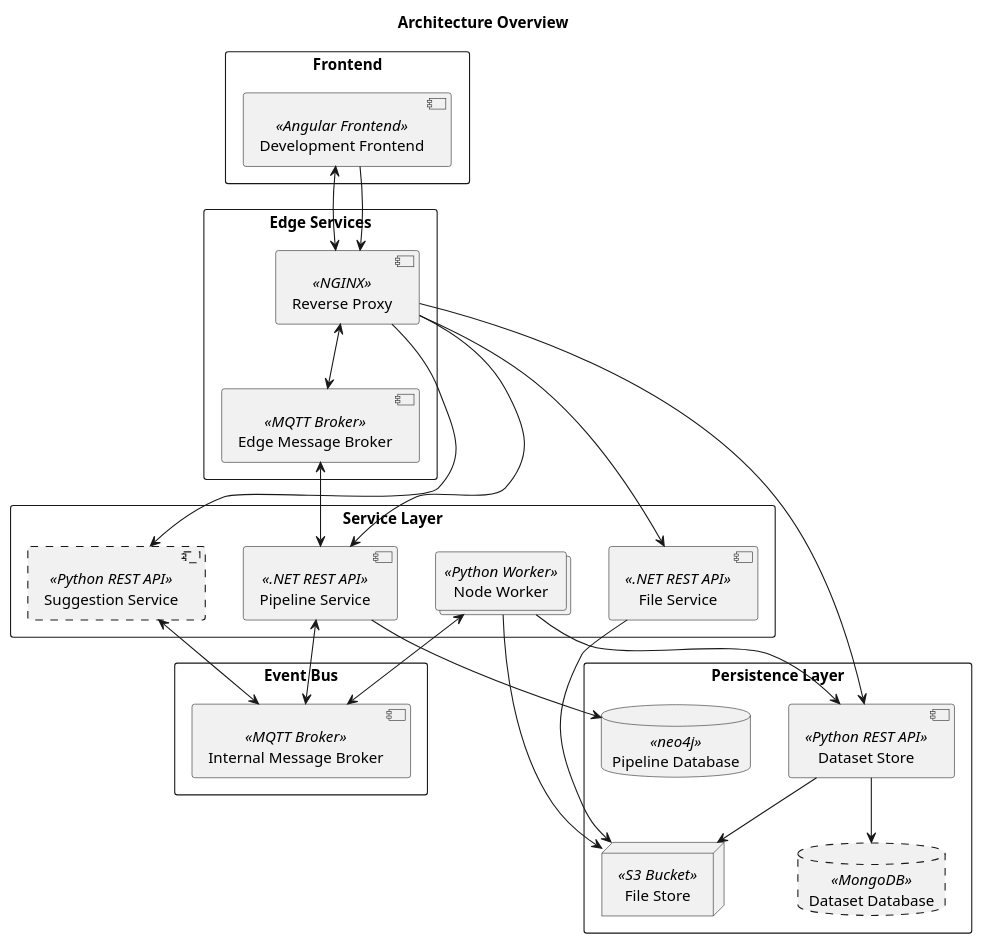
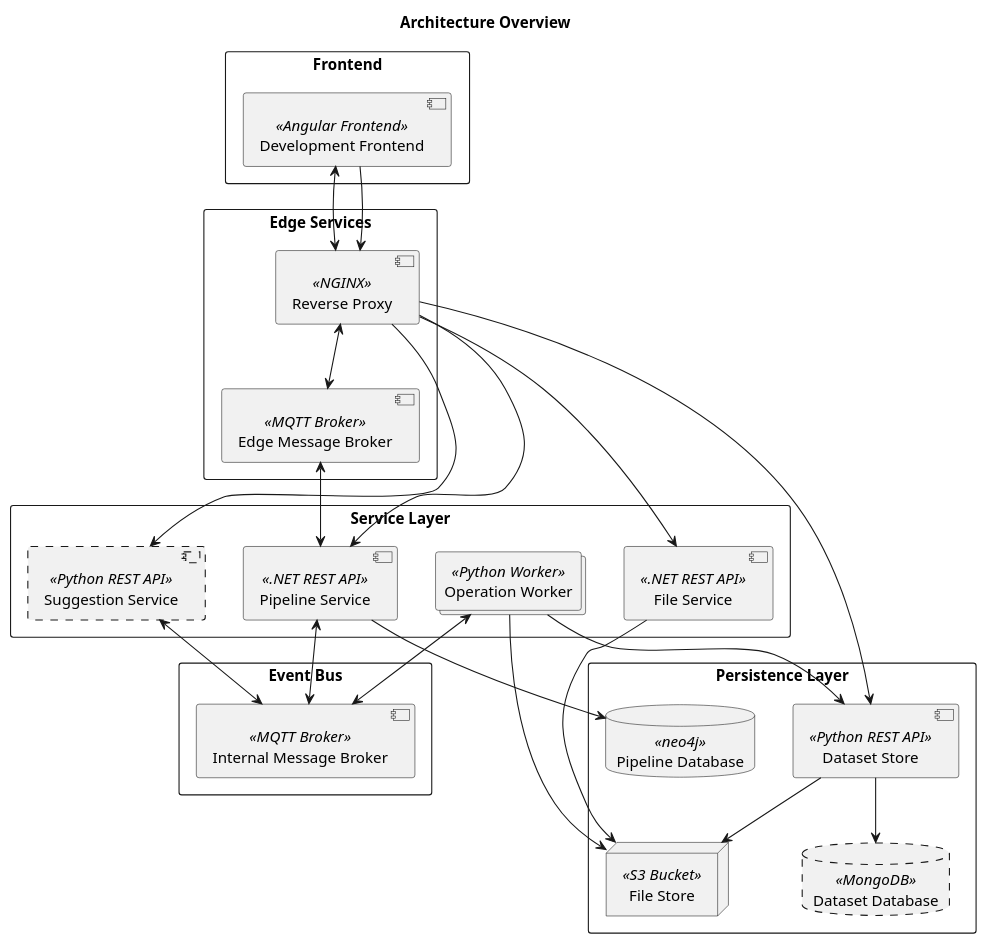
One commit to project-hanse/prototype-a changed the diagram in docs/architecture/overview.puml. Above: the diagram before and after it, drawn with PlantUML. The commit also changed 50 other files, not shown here.

First line of the commit message:
chore: rename NodeWorker to OperationWorker

```diff
--- a/docs/architecture/overview.puml
+++ b/docs/architecture/overview.puml
@@ -1,62 +1,62 @@
 @startuml
 'https://plantuml.com/deployment-diagram
 
 title "Architecture Overview"
 
 'Definitions'
 
 rectangle "Frontend" {
     component "Development Frontend" << Angular Frontend >> as development_frontend
 }
 
 rectangle "Edge Services" {
     component "Reverse Proxy" << NGINX >> as reverse_proxy
     component "Edge Message Broker" << MQTT Broker >> as message_broker_edge
 }
 
 rectangle "Event Bus" {
     component "Internal Message Broker" << MQTT Broker >> as message_broker_internal
 }
 
 rectangle "Service Layer" {
     component "Pipeline Service" << .NET REST API >> as pipeline_service
-    collections  "Node Worker" <<Python Worker>> as worker
+    collections  "Operation Worker" <<Python Worker>> as worker
     component #line.dashed "Suggestion Service" << Python REST API >> as suggestion_service
     component "File Service" << .NET REST API >> as file_service
 }
 
 rectangle "Persistence Layer" {
     database "Pipeline Database" << neo4j >> as pipeline_db
 
     component "Dataset Store" << Python REST API >> as dataset_store
     node "File Store" << S3 Bucket >> as file_store
     database #line.dashed "Dataset Database" << MongoDB >> as dataset_db
 }
 
 'Interaction'
 
 development_frontend <--> reverse_proxy
 development_frontend --> reverse_proxy
 
 reverse_proxy --> pipeline_service
 reverse_proxy --> suggestion_service
 suggestion_service <--> message_broker_internal
 reverse_proxy --> file_service
 reverse_proxy <--> message_broker_edge
 
 pipeline_service --> pipeline_db
 dataset_store --> dataset_db
 file_service --> file_store
 pipeline_service <--> message_broker_internal
 message_broker_internal <--> worker
 
 worker --> dataset_store
 worker --> file_store
 
 message_broker_edge <--> pipeline_service
 
 'TODO: This connection should no longer exist'
 reverse_proxy --> dataset_store
 'TODO: Default files should be seeded from file service PH-213'
 dataset_store --> file_store
 @enduml
```
